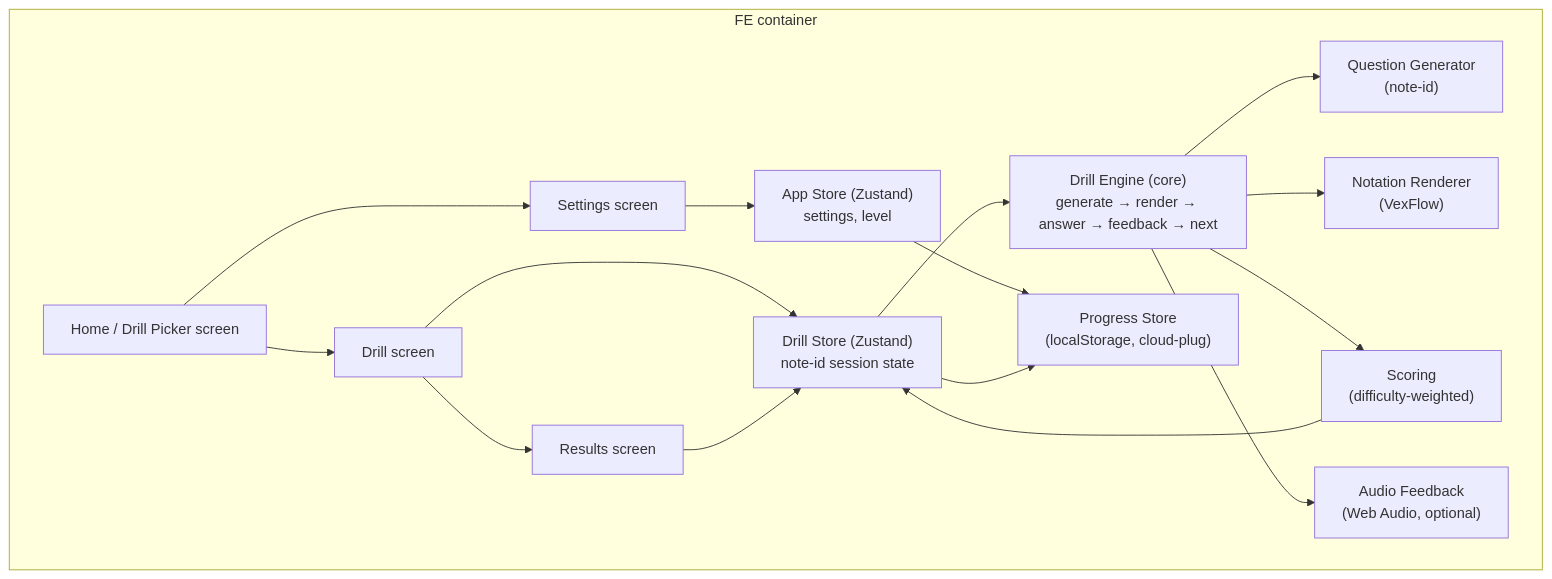
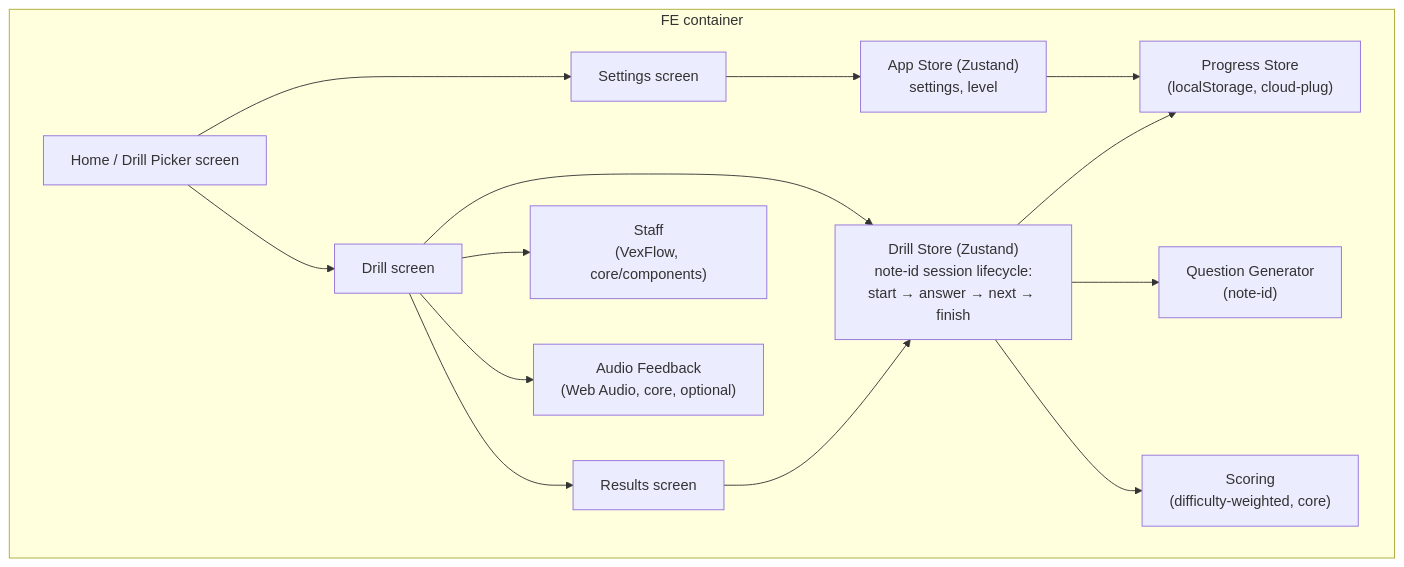
One commit to thewind121212/musoni changed the third of 4 diagrams in docs/summary.md. Above: the diagram before and after it, drawn with Mermaid. The commit also changed other lines of this file and 3 other files, not shown here.

Commit message:
docs: Phase 1 complete — status, setup, diagram sync

````diff
--- a/docs/summary.md
+++ b/docs/summary.md
@@ -50,32 +50,29 @@
 ```mermaid
 graph TB
   subgraph "FE container"
     HOME["Home / Drill Picker screen"]
     DRILL["Drill screen"]
     RESULTS["Results screen"]
     SET["Settings screen"]
 
     APPSTORE["App Store (Zustand)<br/>settings, level"]
-    DRILLSTORE["Drill Store (Zustand)<br/>note-id session state"]
-    ENGINE["Drill Engine (core)<br/>generate → render → answer → feedback → next"]
+    DRILLSTORE["Drill Store (Zustand)<br/>note-id session lifecycle:<br/>start → answer → next → finish"]
     GEN["Question Generator<br/>(note-id)"]
-    REND["Notation Renderer<br/>(VexFlow)"]
-    SCORE["Scoring<br/>(difficulty-weighted)"]
+    REND["Staff<br/>(VexFlow, core/components)"]
+    SCORE["Scoring<br/>(difficulty-weighted, core)"]
     STORE["Progress Store<br/>(localStorage, cloud-plug)"]
-    AUDIO["Audio Feedback<br/>(Web Audio, optional)"]
+    AUDIO["Audio Feedback<br/>(Web Audio, core, optional)"]
 
     HOME --> DRILL --> RESULTS
     HOME --> SET
     SET --> APPSTORE
     DRILL --> DRILLSTORE
-    DRILLSTORE --> ENGINE
+    DRILL --> REND
+    DRILL --> AUDIO
     APPSTORE --> STORE
+    DRILLSTORE --> GEN
+    DRILLSTORE --> SCORE
     DRILLSTORE --> STORE
-    ENGINE --> GEN
-    ENGINE --> REND
-    ENGINE --> SCORE
-    ENGINE --> AUDIO
-    SCORE --> DRILLSTORE
     RESULTS --> DRILLSTORE
   end
 ```
````
